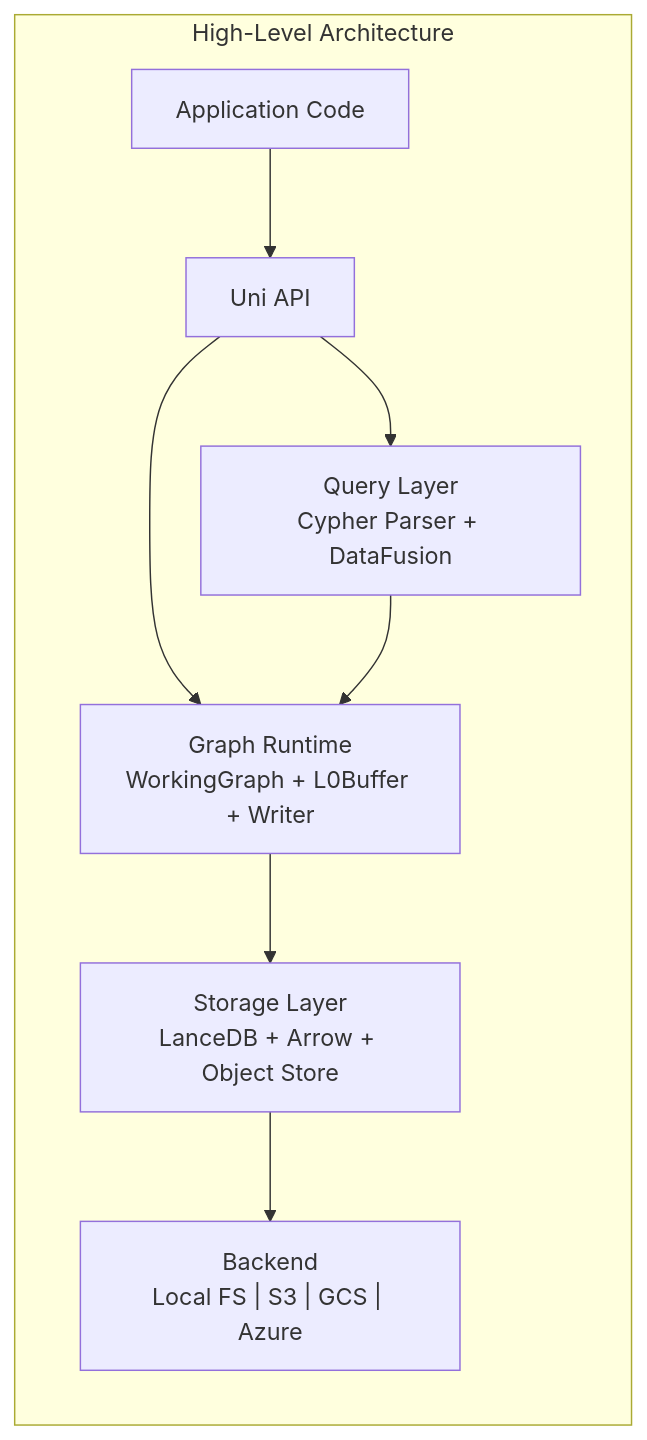
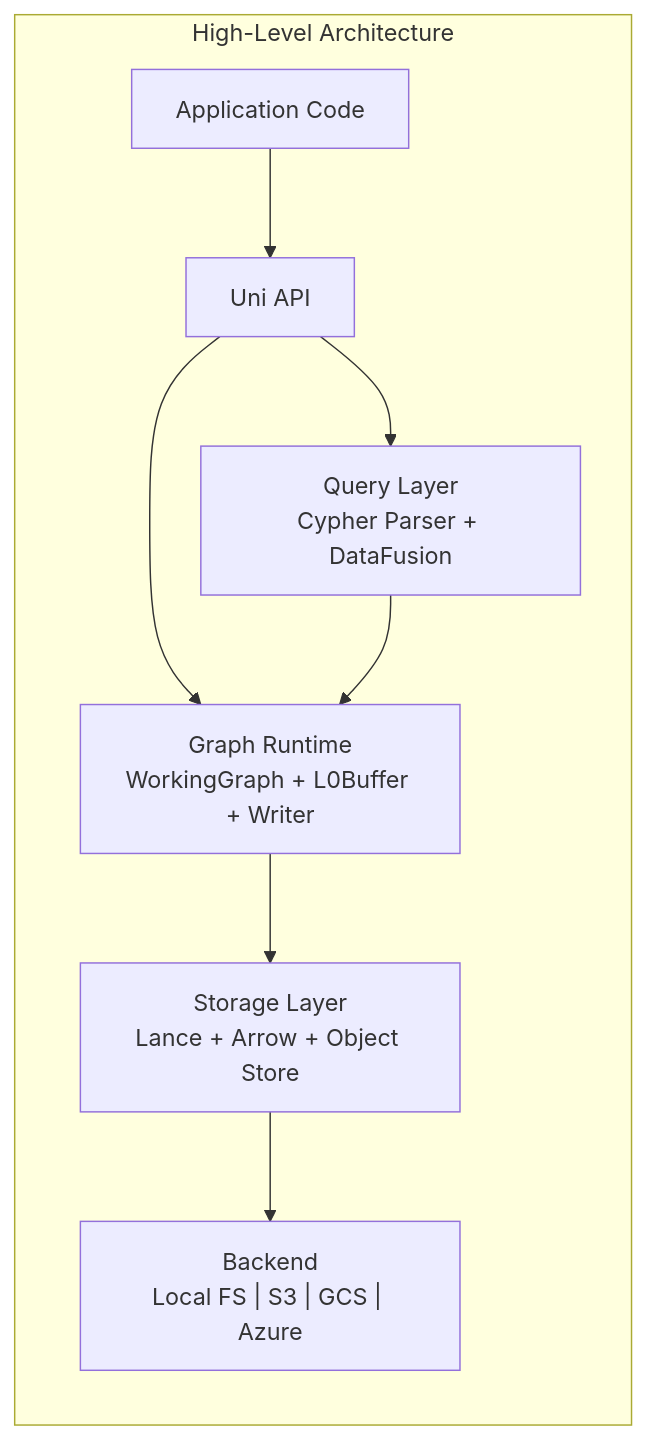
One commit to milliondreams/uni-db changed the second of 34 diagrams in docs/UNI_BLACK_BOOK.md. Above: the diagram before and after it, drawn with Mermaid. The commit also changed other lines of this file and 77 other files, not shown here.

````diff
--- a/docs/UNI_BLACK_BOOK.md
+++ b/docs/UNI_BLACK_BOOK.md
@@ -102,11 +102,11 @@
 ```mermaid
 graph LR
     subgraph "High-Level Architecture"
         Client[Application Code] --> API[Uni API]
         API --> Query[Query Layer<br/>Cypher Parser + DataFusion]
         API --> Runtime[Graph Runtime<br/>WorkingGraph + L0Buffer + Writer]
         Query --> Runtime
-        Runtime --> Storage[Storage Layer<br/>LanceDB + Arrow + Object Store]
+        Runtime --> Storage[Storage Layer<br/>Lance + Arrow + Object Store]
         Storage --> Backend["Backend<br/>Local FS | S3 | GCS | Azure"]
     end
 ```
````
